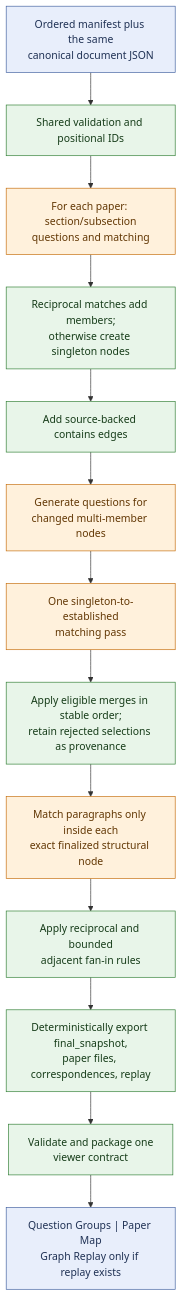
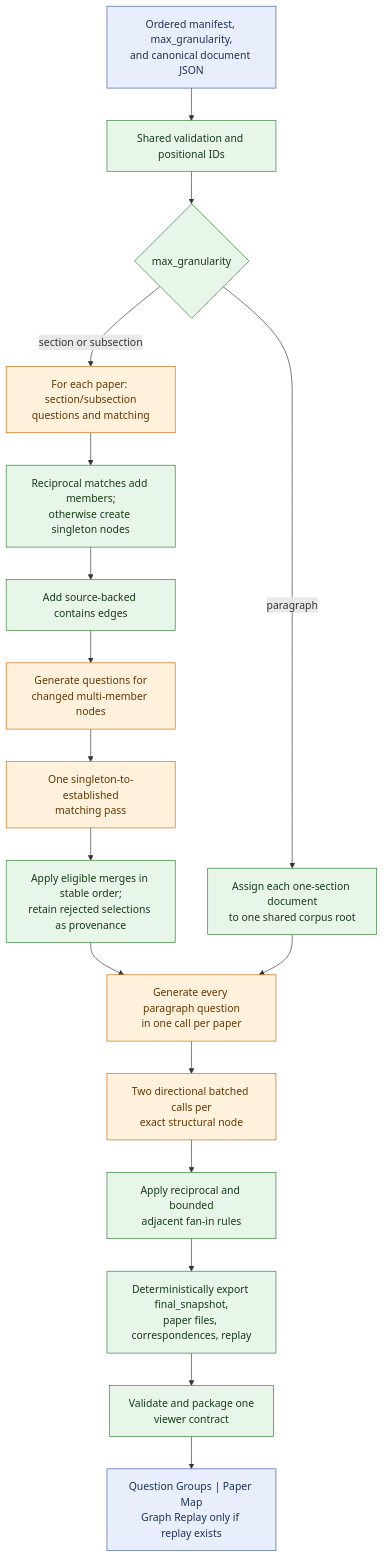
One commit to GraceGSy/SME-prototype changed the second of 2 diagrams in PIPELINE_FLOW.md. Above: the diagram before and after it, drawn with Mermaid. The commit also changed other lines of this file and 35 other files, not shown here.

Commit message:
Add paragraph-first graph mode

````diff
--- a/PIPELINE_FLOW.md
+++ b/PIPELINE_FLOW.md
@@ -55,22 +55,28 @@
 ```mermaid
 flowchart TD
-    Manifest["Ordered manifest plus the same<br/>canonical document JSON"]:::artifact
+    Manifest["Ordered manifest, max_granularity,<br/>and canonical document JSON"]:::artifact
     Load["Shared validation and positional IDs"]:::det
+    Mode{"max_granularity"}:::det
     Structural["For each paper: section/subsection<br/>questions and matching"]:::llm
     Reconcile["Reciprocal matches add members;<br/>otherwise create singleton nodes"]:::det
     Contains["Add source-backed contains edges"]:::det
     NodeQuestions["Generate questions for<br/>changed multi-member nodes"]:::llm
     Rerepresent["One singleton-to-established<br/>matching pass"]:::llm
     Merge["Apply eligible merges in stable order;<br/>retain rejected selections as provenance"]:::det
-    Paragraphs["Match paragraphs only inside each<br/>exact finalized structural node"]:::llm
+    SharedRoot["Assign each one-section document<br/>to one shared corpus root"]:::det
+    ParagraphQuestions["Generate every paragraph question<br/>in one call per paper"]:::llm
+    Paragraphs["Two directional batched calls per<br/>exact structural node"]:::llm
     ParagraphRules["Apply reciprocal and bounded<br/>adjacent fan-in rules"]:::det
     Export["Deterministically export final_snapshot,<br/>paper files, correspondences, replay"]:::det
     Package["Validate and package one<br/>viewer contract"]:::det
     UI["Question Groups | Paper Map<br/>Graph Replay only if replay exists"]:::artifact
 
-    Manifest --> Load --> Structural --> Reconcile --> Contains --> NodeQuestions
-    NodeQuestions --> Rerepresent --> Merge --> Paragraphs --> ParagraphRules --> Export --> Package --> UI
+    Manifest --> Load --> Mode
+    Mode -->|section or subsection| Structural --> Reconcile --> Contains --> NodeQuestions
+    NodeQuestions --> Rerepresent --> Merge --> ParagraphQuestions
+    Mode -->|paragraph| SharedRoot --> ParagraphQuestions
+    ParagraphQuestions --> Paragraphs --> ParagraphRules --> Export --> Package --> UI
     classDef det fill:#e8f5e9,stroke:#2e7d32,color:#163c19;
     classDef llm fill:#fff1dc,stroke:#c46b08,color:#623704;
     classDef artifact fill:#e8eefb,stroke:#3f5f9f,color:#1f3154;
 ```
````
